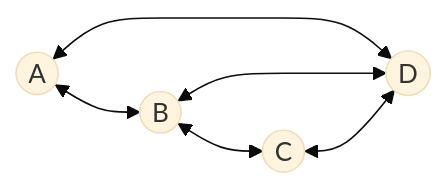
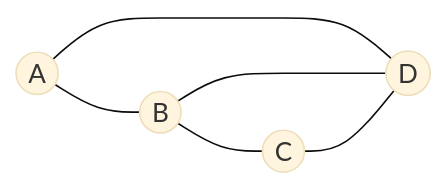
Before and after one commit to craft-code-club/blog-c3: the tenth of 18 diagrams in _content/posts/dsa-graph-tips.md, drawn with Mermaid (base theme).

Commit message:
fix(graph): update graph representation to use undirected edges

````diff
--- a/_content/posts/dsa-graph-tips.md
+++ b/_content/posts/dsa-graph-tips.md
@@ -177,8 +177,8 @@
 ```mermaid
 graph LR
-  A((A)) <--> B
-  A <--> D((D))
-  B((B)) <--> C
-  B <--> D
-  C((C)) <--> D
+  A((A)) --- B
+  A --- D((D))
+  B((B)) --- C
+  B --- D
+  C((C)) --- D
 ```
````
